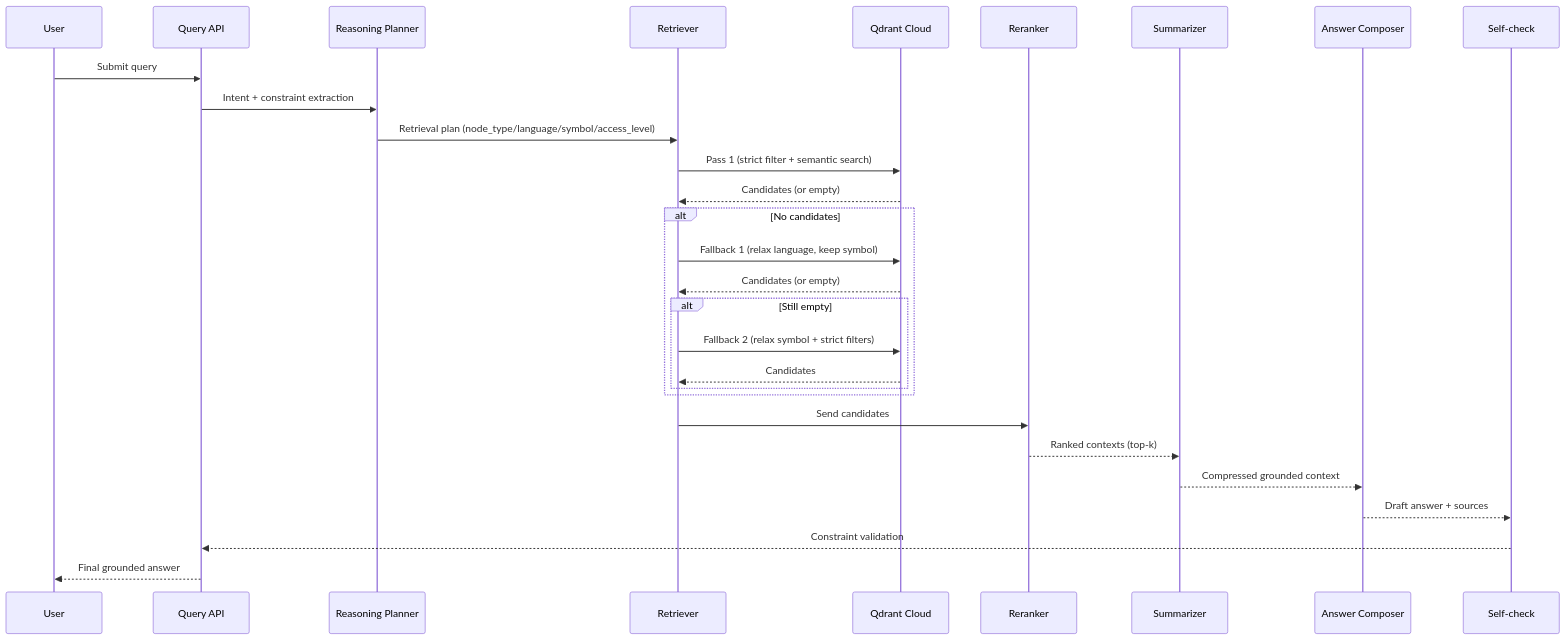
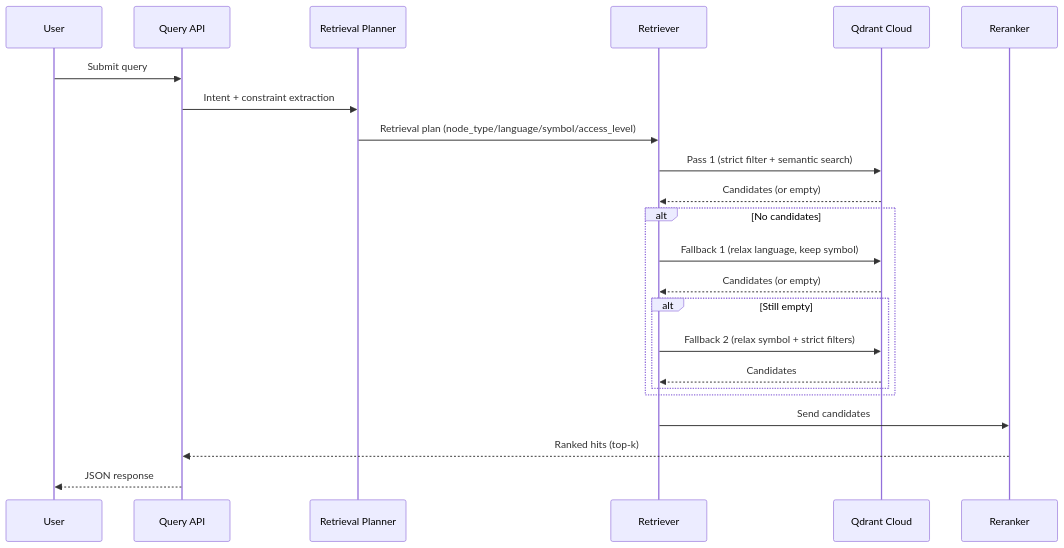
The third of 3 diagrams in PRD.md (kelasdev/agentRAG), drawn with Mermaid before and after one commit. The commit also changed other lines of this file and 14 other files, not shown here.

First line of the commit message:
feat(config): migrate from multi-provider to single-provider embedding architecture

````diff
--- a/PRD.md
+++ b/PRD.md
@@ -1097,32 +1029,26 @@
 ```mermaid
 sequenceDiagram
     participant User
     participant API as Query API
-    participant RP as Reasoning Planner
+    participant RP as Retrieval Planner
     participant RET as Retriever
     participant QD as Qdrant Cloud
     participant RR as Reranker
-    participant SZ as Summarizer
-    participant AC as Answer Composer
-    participant SC as Self-check
 
     User->>API: Submit query
     API->>RP: Intent + constraint extraction
     RP->>RET: Retrieval plan (node_type/language/symbol/access_level)
     RET->>QD: Pass 1 (strict filter + semantic search)
     QD-->>RET: Candidates (or empty)
     alt No candidates
         RET->>QD: Fallback 1 (relax language, keep symbol)
         QD-->>RET: Candidates (or empty)
         alt Still empty
             RET->>QD: Fallback 2 (relax symbol + strict filters)
             QD-->>RET: Candidates
         end
     end
     RET->>RR: Send candidates
-    RR-->>SZ: Ranked contexts (top-k)
-    SZ-->>AC: Compressed grounded context
-    AC-->>SC: Draft answer + sources
-    SC-->>API: Constraint validation
-    API-->>User: Final grounded answer
+    RR-->>API: Ranked hits (top-k)
+    API-->>User: JSON response
 ```
````
